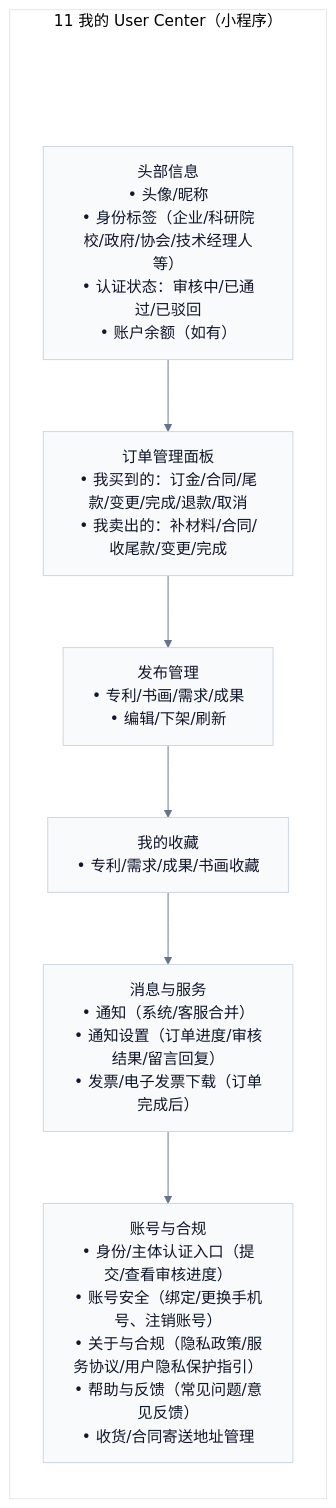
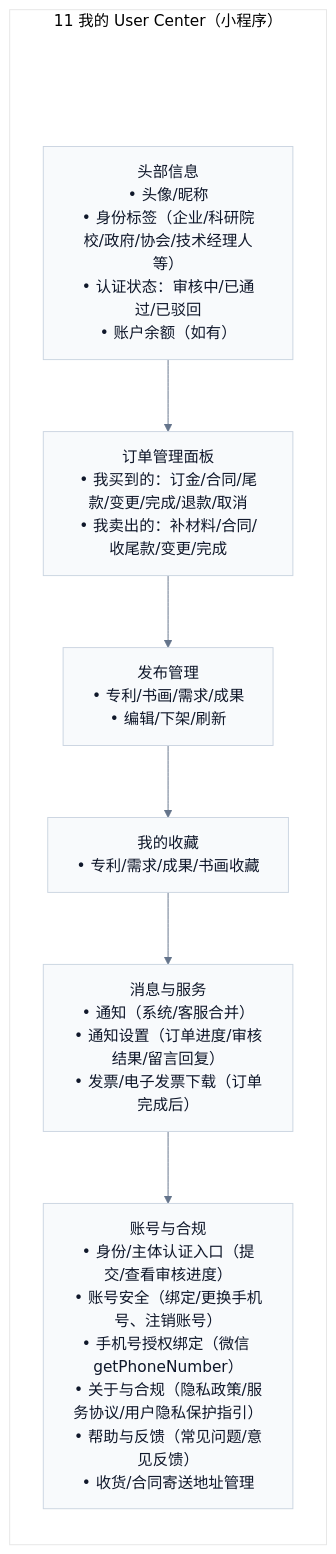
Before and after one commit to Ming-1984/Ipmoney: the diagram in docs/demo/pages/miniapp/11-user-center.mmd, drawn with Mermaid. The commit also changed 47 other files, not shown here.

Commit message:
修改首页图标，增加手机号授权。

```diff
--- a/docs/demo/pages/miniapp/11-user-center.mmd
+++ b/docs/demo/pages/miniapp/11-user-center.mmd
@@ -1,17 +1,17 @@
 %%{init: {'theme':'base','flowchart': {'htmlLabels': true},'themeVariables': {'fontFamily': 'Inter, Microsoft YaHei, sans-serif','lineColor':'#64748B','primaryTextColor':'#0F172A','primaryBorderColor':'#CBD5E1','primaryColor':'#F8FAFC'}}}%%
 flowchart TB
   subgraph P["11 我的 User Center（小程序）"]
     direction TB
     Pad[" "]:::pad
     Header["头部信息<br/>• 头像/昵称<br/>• 身份标签（企业/科研院校/政府/协会/技术经理人等）<br/>• 认证状态：审核中/已通过/已驳回<br/>• 账户余额（如有）"]
     Orders["订单管理面板<br/>• 我买到的：订金/合同/尾款/变更/完成/退款/取消<br/>• 我卖出的：补材料/合同/收尾款/变更/完成"]
     PublishMgmt["发布管理<br/>• 专利/书画/需求/成果<br/>• 编辑/下架/刷新"]
     Favorites["我的收藏<br/>• 专利/需求/成果/书画收藏"]
     Services["消息与服务<br/>• 通知（系统/客服合并）<br/>• 通知设置（订单进度/审核结果/留言回复）<br/>• 发票/电子发票下载（订单完成后）"]
-    Settings["账号与合规<br/>• 身份/主体认证入口（提交/查看审核进度）<br/>• 账号安全（绑定/更换手机号、注销账号）<br/>• 关于与合规（隐私政策/服务协议/用户隐私保护指引）<br/>• 帮助与反馈（常见问题/意见反馈）<br/>• 收货/合同寄送地址管理"]
+    Settings["账号与合规<br/>• 身份/主体认证入口（提交/查看审核进度）<br/>• 账号安全（绑定/更换手机号、注销账号）<br/>• 手机号授权绑定（微信 getPhoneNumber）<br/>• 关于与合规（隐私政策/服务协议/用户隐私保护指引）<br/>• 帮助与反馈（常见问题/意见反馈）<br/>• 收货/合同寄送地址管理"]
     Pad --> Header
     Header --> Orders --> PublishMgmt --> Favorites --> Services --> Settings
   end
 
   classDef pad fill:transparent,stroke:transparent,color:transparent;
   linkStyle 0 stroke:transparent,fill:transparent;
```
